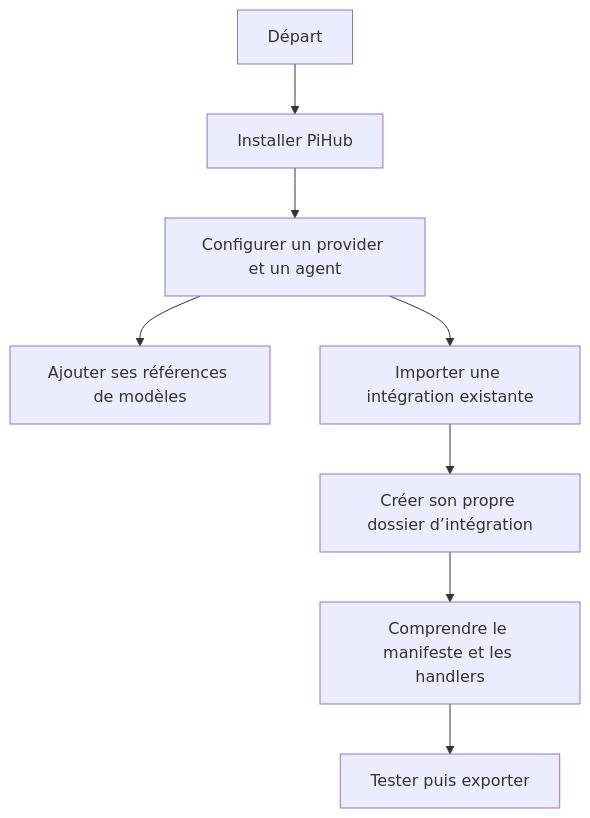
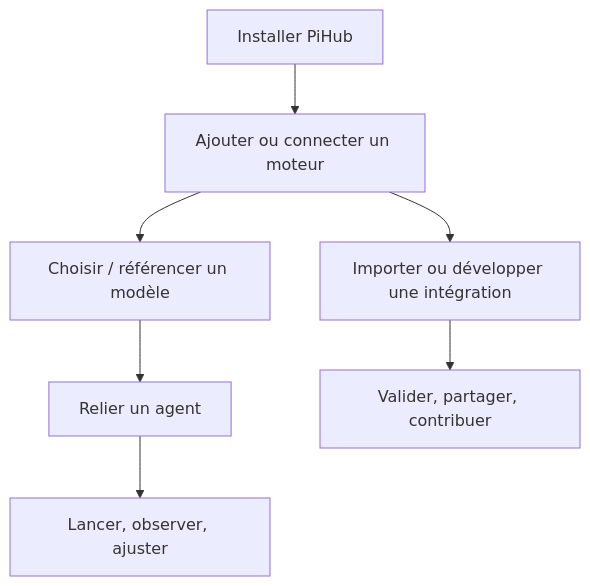
One commit to Siloze/PiHub changed the diagram in docs/README.md. Above: the diagram before and after it, drawn with Mermaid. The commit also changed other lines of this file and 29 other files, not shown here.

````diff
--- a/docs/README.md
+++ b/docs/README.md
@@ -35,10 +26,9 @@
 ```mermaid
 flowchart TD
-    S["Départ"] --> I["Installer PiHub"]
-    I --> U["Configurer un provider et un agent"]
-    U --> M["Ajouter ses références de modèles"]
-    U --> E["Importer une intégration existante"]
-    E --> C["Créer son propre dossier d’intégration"]
-    C --> R["Comprendre le manifeste et les handlers"]
-    R --> T["Tester puis exporter"]
+    A["Installer PiHub"] --> B["Ajouter ou connecter un moteur"]
+    B --> C["Choisir / référencer un modèle"]
+    C --> D["Relier un agent"]
+    D --> E["Lancer, observer, ajuster"]
+    B --> F["Importer ou développer une intégration"]
+    F --> G["Valider, partager, contribuer"]
 ```
````
